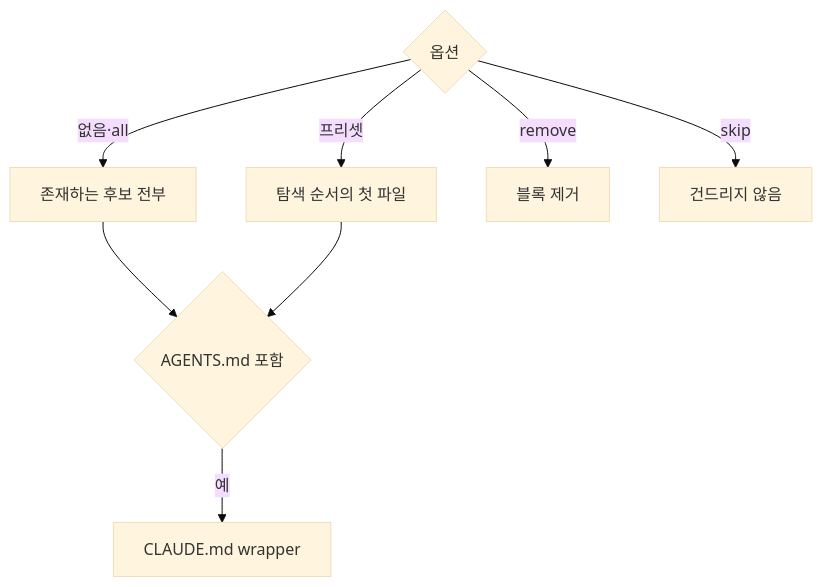
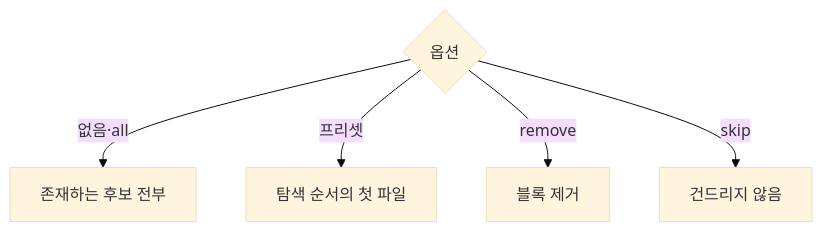
Before and after one commit to dev-goraebap/gitifact: the first of 2 diagrams in .gitifact/spec/onboarding/design/interface.md, drawn with Mermaid (base theme). The commit also changed other lines of this file and 17 other files, not shown here.

First line of the commit message:
feat(init): stop adding a CLAUDE.md that imports AGENTS.md

````diff
--- a/.gitifact/spec/onboarding/design/interface.md
+++ b/.gitifact/spec/onboarding/design/interface.md
@@ -15,10 +15,7 @@
 ```mermaid
 flowchart TD
   O{옵션} -- 없음·all --> D[존재하는 후보 전부]
   O -- 프리셋 --> P[탐색 순서의 첫 파일]
   O -- remove --> R[블록 제거]
   O -- skip --> N[건드리지 않음]
-  D --> W{AGENTS.md 포함}
-  P --> W
-  W -- 예 --> C[CLAUDE.md wrapper]
 ```
````
